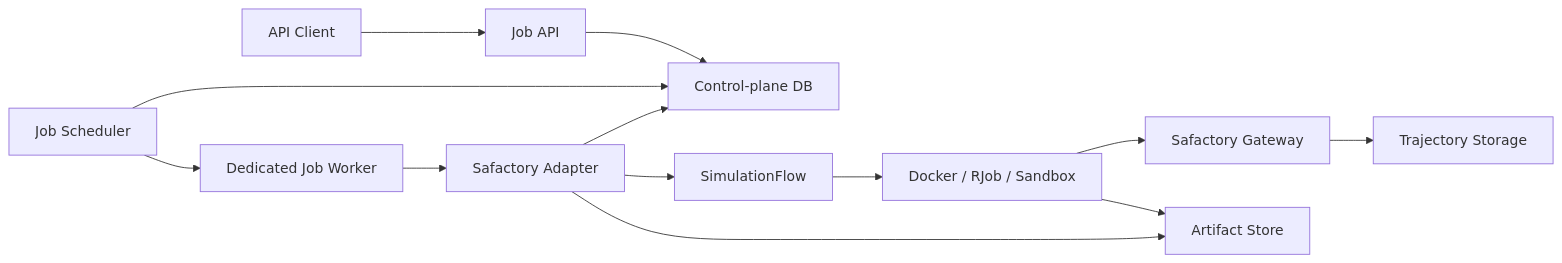
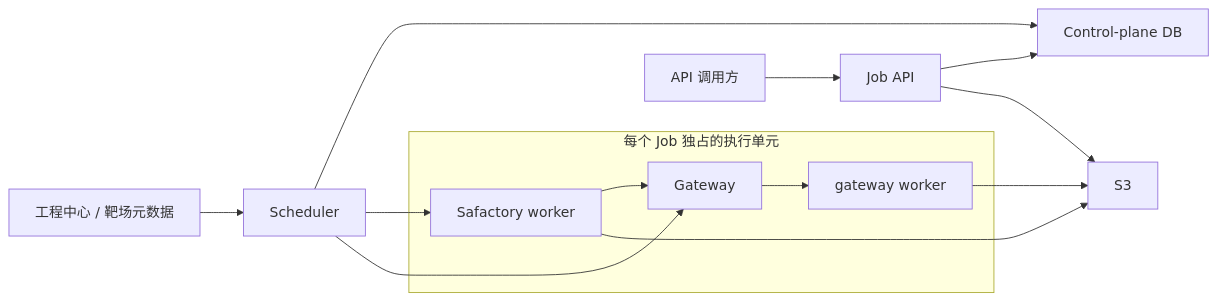
One commit to BinHuangPJLAB/SafactoryServer changed the first of 3 diagrams in docs/PRD.md. Above: the diagram before and after it, drawn with Mermaid. The commit also changed other lines of this file, not shown here.

````diff
--- a/docs/PRD.md
+++ b/docs/PRD.md
@@ -142,15 +169,18 @@
 ```mermaid
 flowchart LR
-    Client["API Client"] --> API["Job API"]
+    Client["API 调用方"] --> API["Job API"]
     API --> CDB["Control-plane DB"]
-    Scheduler["Job Scheduler"] --> CDB
-    Scheduler --> Worker["Dedicated Job Worker"]
-    Worker --> Adapter["Safactory Adapter"]
-    Adapter --> Flow["SimulationFlow"]
-    Flow --> Runtime["Docker / RJob / Sandbox"]
-    Runtime --> Gateway["Safactory Gateway"]
-    Gateway --> TDB["Trajectory Storage"]
-    Runtime --> Store["Artifact Store"]
-    Adapter --> CDB
-    Adapter --> Store
+    Scheduler["Scheduler"] --> CDB
+    Scheduler --> SW
+    Scheduler --> GW
+
+    subgraph JobUnit["每个 Job 独占的执行单元"]
+        SW["Safactory worker"] --> GW["Gateway"]
+        GW --> GWW["gateway worker"]
+    end
+
+    SW --> S3["S3"]
+    GWW --> S3
+    API --> S3
+    Range["工程中心 / 靶场元数据"] --> Scheduler
 ```
````
